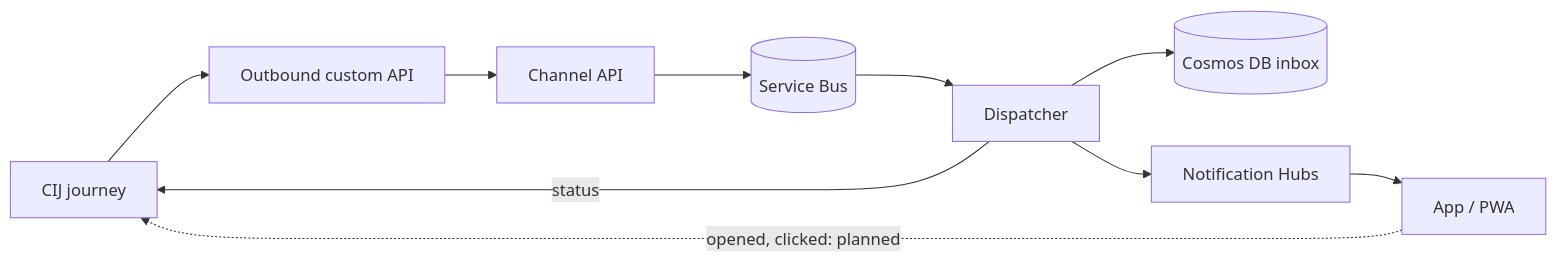
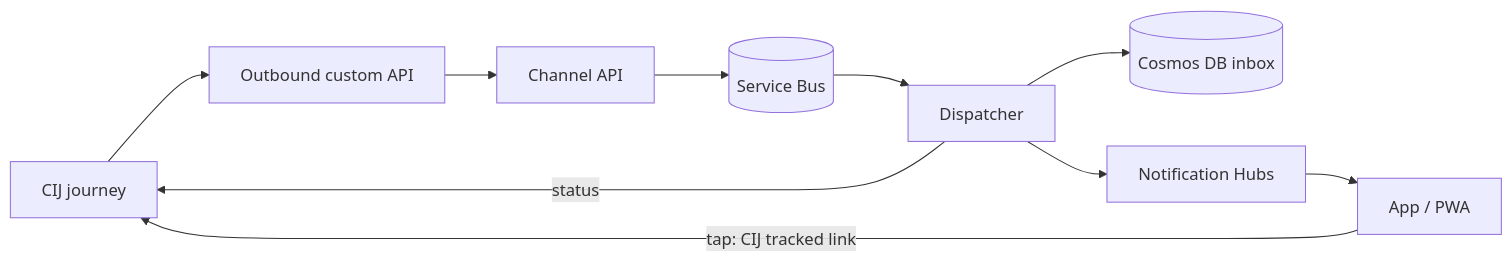
The diagram in README.md (alexander-you/cij-push-inbox-custom-channel), drawn with Mermaid before and after one commit. The commit also changed other lines of this file and 9 other files, not shown here.

Commit message:
Click tracking via CIJ tracked links; idempotent dispatch

````diff
--- a/README.md
+++ b/README.md
@@ -11,8 +11,8 @@
 ```mermaid
 flowchart LR
   J[CIJ journey] --> P[Outbound custom API] --> C[Channel API] --> Q[(Service Bus)] --> D[Dispatcher]
   D --> I[(Cosmos DB inbox)]
   D --> N[Notification Hubs] --> A[App / PWA]
   D -->|status| J
-  A -.->|opened, clicked: planned| J
+  A -->|tap: CIJ tracked link| J
 ```
````
